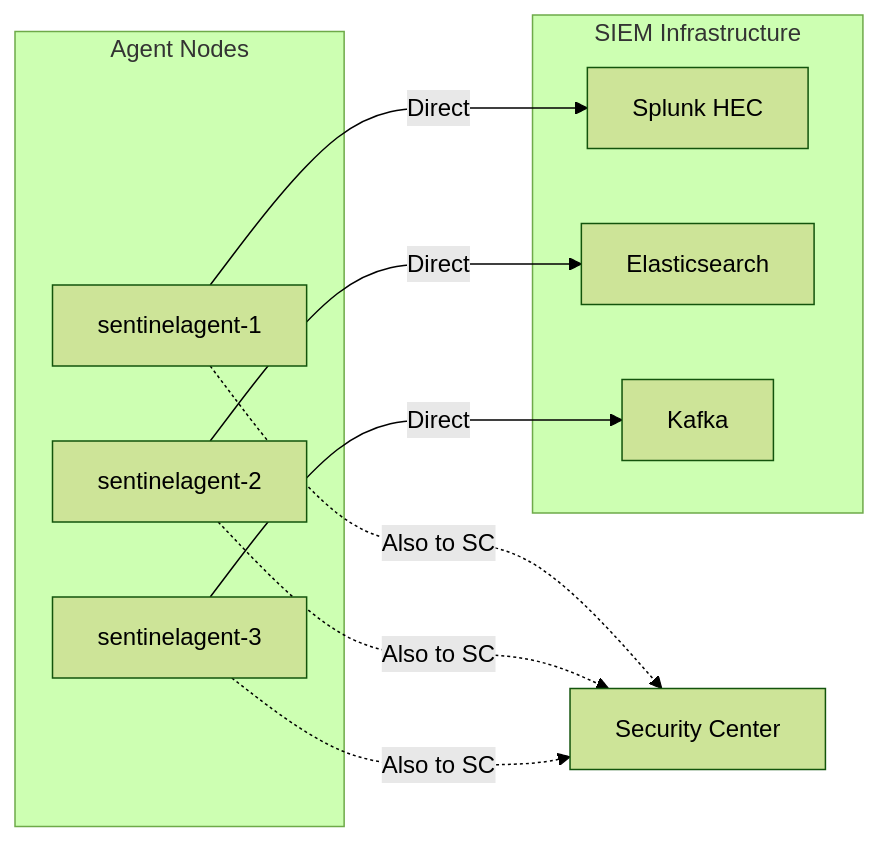
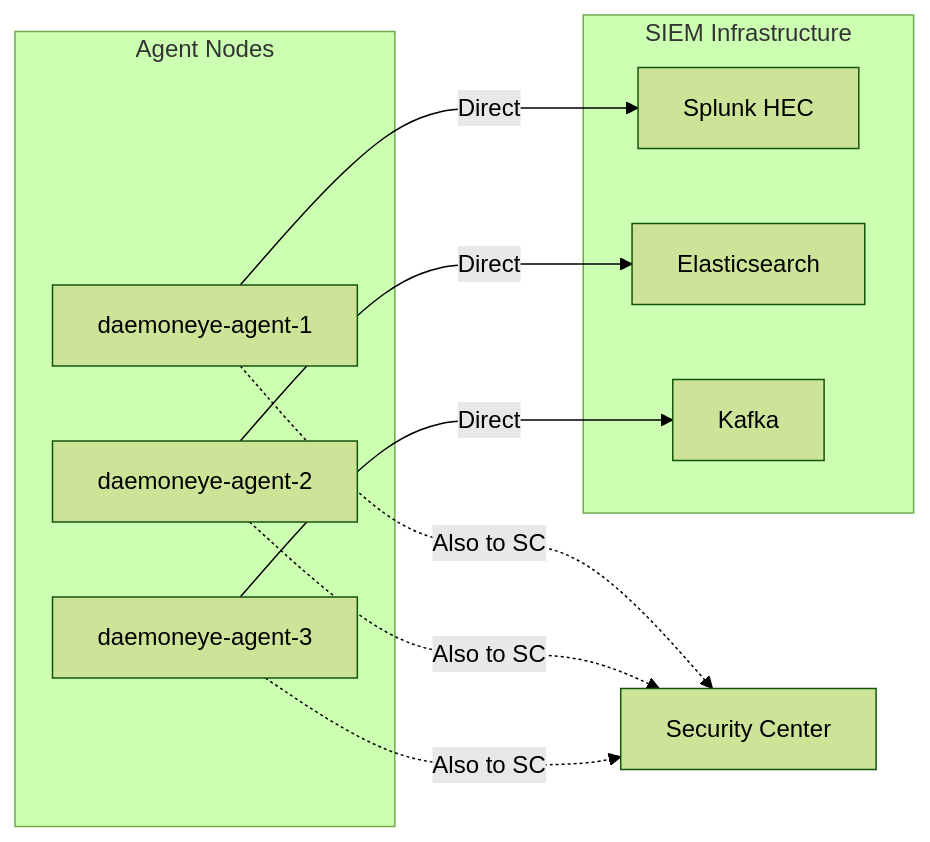
One commit to EvilBit-Labs/DaemonEye changed the fourth of 4 diagrams in .kiro/specs/business-tier-features/design.md. Above: the diagram before and after it, drawn with Mermaid (forest theme). The commit also changed other lines of this file and 211 other files, not shown here.

````diff
--- a/.kiro/specs/business-tier-features/design.md
+++ b/.kiro/specs/business-tier-features/design.md
@@ -102,24 +102,24 @@
 ```mermaid
 graph LR
     subgraph "Agent Nodes"
-        SA1[sentinelagent-1]
-        SA2[sentinelagent-2]
-        SA3[sentinelagent-3]
+        SA1[daemoneye-agent-1]
+        SA2[daemoneye-agent-2]
+        SA3[daemoneye-agent-3]
     end
 
     SC[Security Center]
 
     subgraph "SIEM Infrastructure"
         SPLUNK[Splunk HEC]
         ELASTIC[Elasticsearch]
         KAFKA[Kafka]
     end
 
     SA1 -->|Direct| SPLUNK
     SA2 -->|Direct| ELASTIC
     SA3 -->|Direct| KAFKA
 
     SA1 -.->|Also to SC| SC
     SA2 -.->|Also to SC| SC
     SA3 -.->|Also to SC| SC
 ```
````
